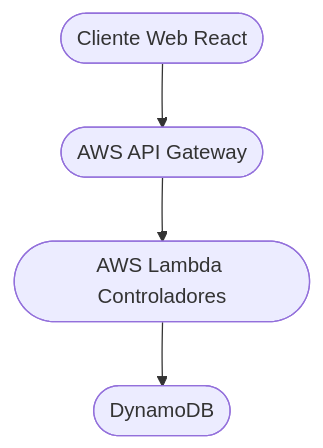
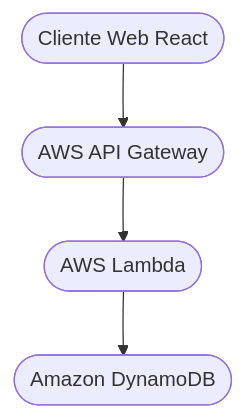
The diagram in docs/19-manual-tecnico.md (Gabycrem/auma-docs), drawn with Mermaid before and after one commit. The commit also changed other lines of this file and 25 other files, not shown here.

````diff
--- a/docs/19-manual-tecnico.md
+++ b/docs/19-manual-tecnico.md
@@ -17,6 +97,6 @@
 ```mermaid
 flowchart TD
     A([Cliente Web React]) --> B([AWS API Gateway])
-    B --> C([AWS Lambda Controladores])
-    C --> D([DynamoDB])
-``` 
+    B --> C([AWS Lambda])
+    C --> D([Amazon DynamoDB])
+```
````
